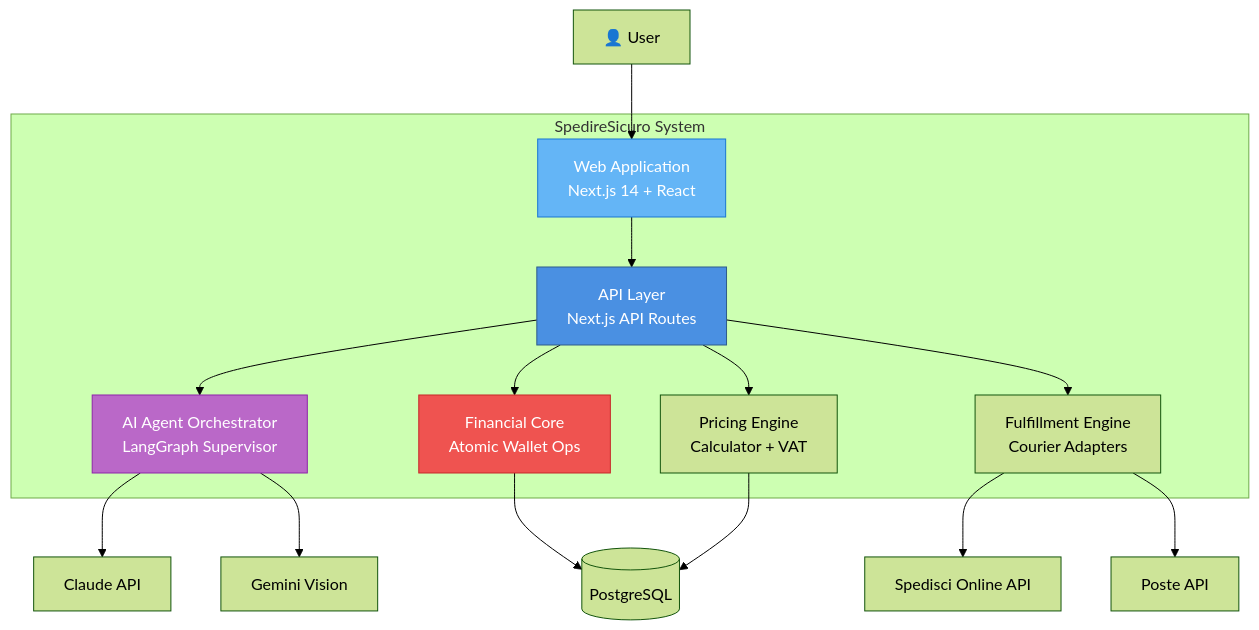
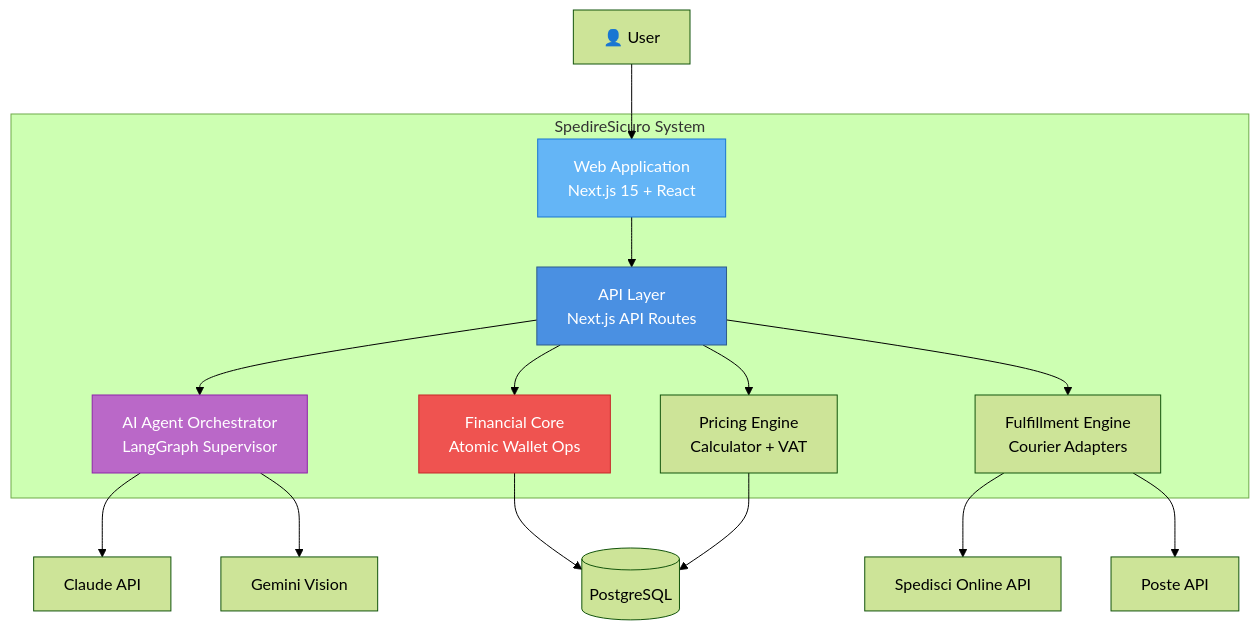
Before and after one commit to gdsgroupsas-jpg/spediresicuro: the second of 8 diagrams in docs/ARCHITECTURE_DIAGRAMS.md, drawn with Mermaid (forest theme). The commit also changed 8 other files, not shown here.

````diff
--- a/docs/ARCHITECTURE_DIAGRAMS.md
+++ b/docs/ARCHITECTURE_DIAGRAMS.md
@@ -39,30 +39,30 @@
 ```mermaid
 graph TB
     subgraph "SpedireSicuro System"
-        WebApp[Web Application<br/>Next.js 14 + React]
+        WebApp[Web Application<br/>Next.js 15 + React]
         API[API Layer<br/>Next.js API Routes]
         AgentOrch[AI Agent Orchestrator<br/>LangGraph Supervisor]
         PricingEngine[Pricing Engine<br/>Calculator + VAT]
         WalletCore[Financial Core<br/>Atomic Wallet Ops]
         FulfillmentEngine[Fulfillment Engine<br/>Courier Adapters]
     end
 
     User[👤 User] --> WebApp
     WebApp --> API
     API --> AgentOrch
     API --> PricingEngine
     API --> WalletCore
     API --> FulfillmentEngine
 
     AgentOrch --> Claude[Claude API]
     AgentOrch --> Gemini[Gemini Vision]
     WalletCore --> Supabase[(PostgreSQL)]
     PricingEngine --> Supabase
     FulfillmentEngine --> Spedisci[Spedisci Online API]
     FulfillmentEngine --> Poste[Poste API]
 
     style WebApp fill:#64B5F6,stroke:#1976D2,color:#fff
     style API fill:#4A90E2,stroke:#2E5C8A,color:#fff
     style AgentOrch fill:#BA68C8,stroke:#8E24AA,color:#fff
     style WalletCore fill:#EF5350,stroke:#C62828,color:#fff
 ```
````
